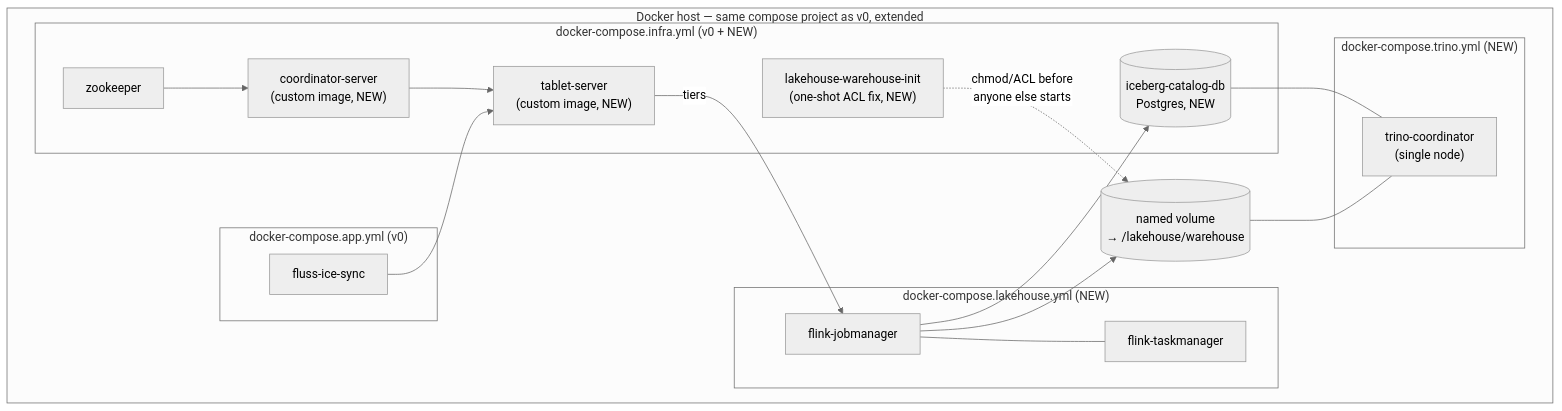
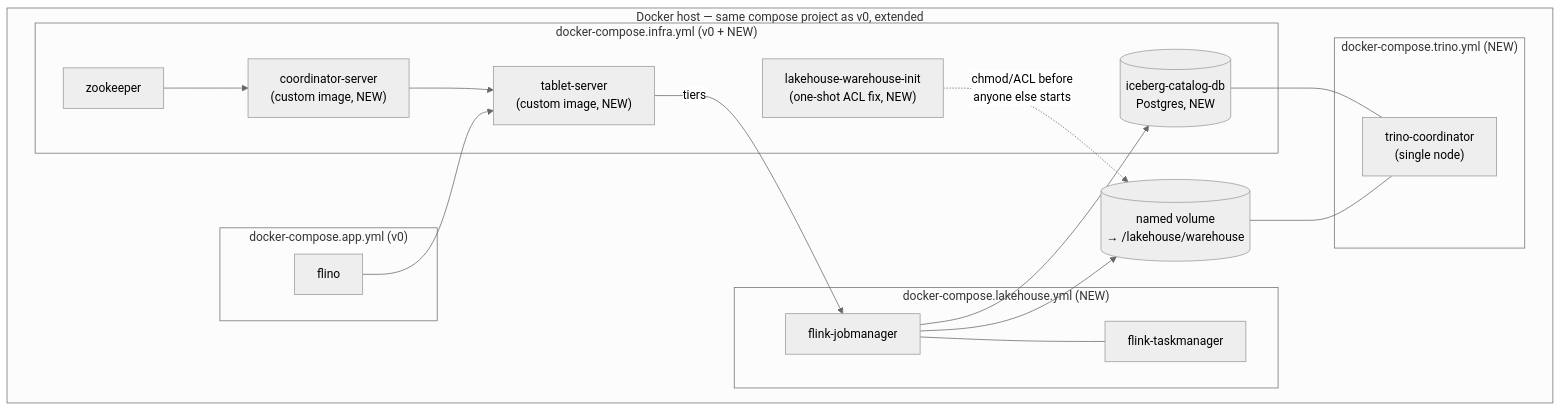
The second of 2 diagrams in doc/design/v1-trino-integration-design.md (avikbesu/fluss-ice-sync), drawn with Mermaid (neutral theme) before and after one commit. The commit also changed other lines of this file and 236 other files, not shown here.

````diff
--- a/doc/design/v1-trino-integration-design.md
+++ b/doc/design/v1-trino-integration-design.md
@@ -647,29 +647,29 @@
 ```mermaid
 flowchart TB
     subgraph HOST["Docker host — same compose project as v0, extended"]
         subgraph INFRA["docker-compose.infra.yml (v0 + NEW)"]
             ZK["zookeeper"] --> CS["coordinator-server<br/>(custom image, NEW)"] --> TS["tablet-server<br/>(custom image, NEW)"]
             PG[("iceberg-catalog-db<br/>Postgres, NEW")]
             INIT["lakehouse-warehouse-init<br/>(one-shot ACL fix, NEW)"]
         end
         subgraph APP["docker-compose.app.yml (v0)"]
-            FS["fluss-ice-sync"]
+            FS["flino"]
         end
         subgraph LAKE["docker-compose.lakehouse.yml (NEW)"]
             JM["flink-jobmanager"] --- TM["flink-taskmanager"]
         end
         subgraph TRINOC["docker-compose.trino.yml (NEW)"]
             TC["trino-coordinator<br/>(single node)"]
         end
 
         WHVOL[("named volume<br/>→ /lakehouse/warehouse")]
 
         FS --> TS
         TS -->|tiers| JM
         JM --> WHVOL
         JM --> PG
         WHVOL --- TC
         PG --- TC
         INIT -.->|"chmod/ACL before<br/>anyone else starts"| WHVOL
     end
 ```
````
